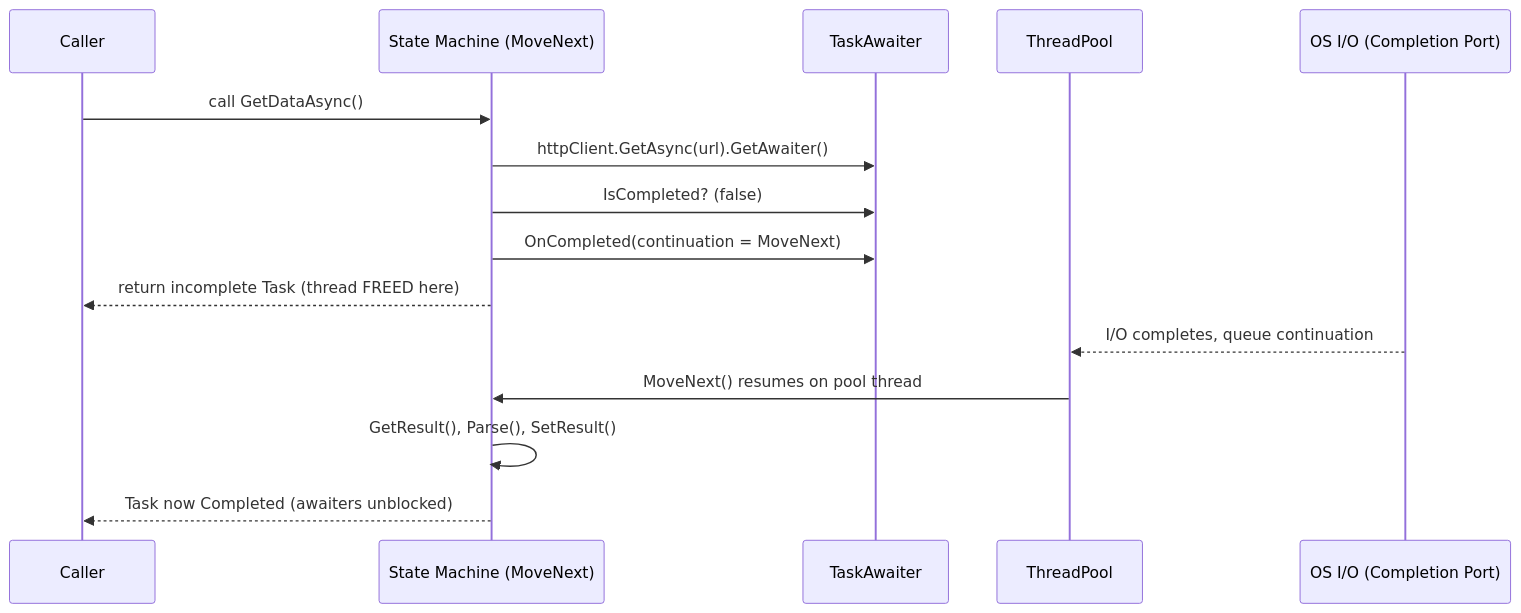
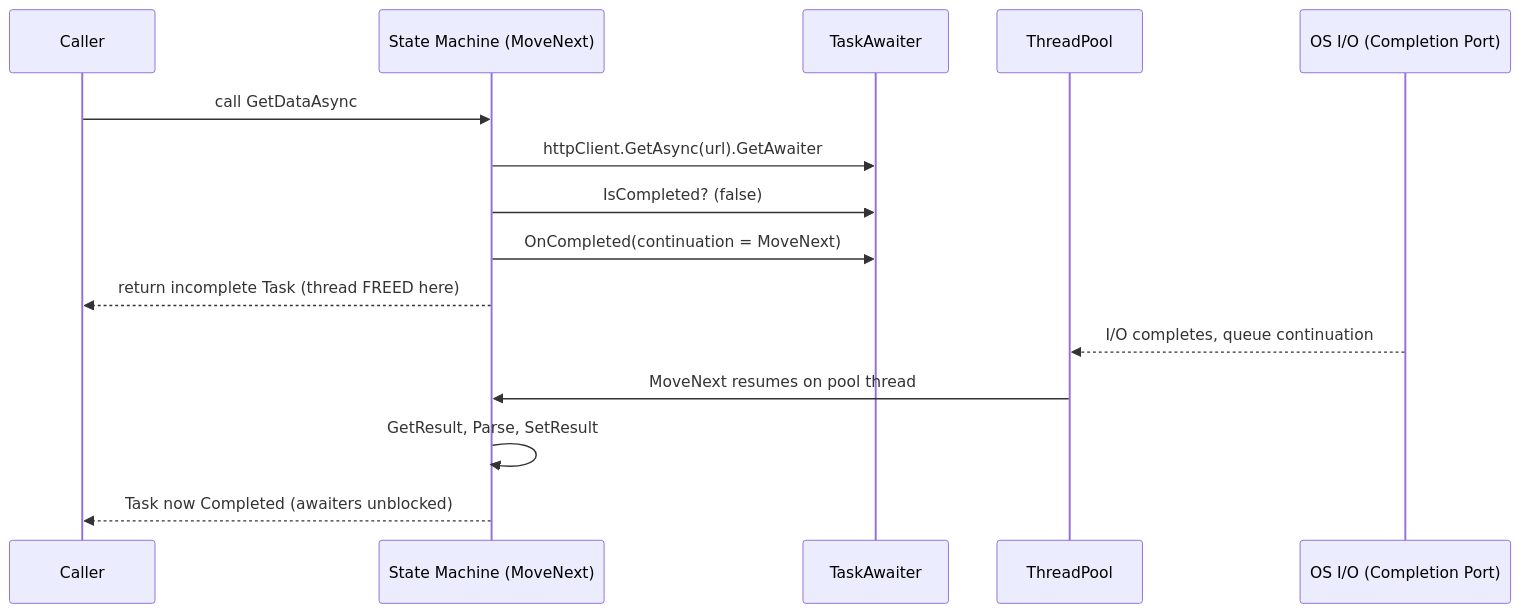
Before and after one commit to umashankarp/InterviewQuestions: the first of 4 diagrams in 01-CSharp/02-Async-Await-Internals.md, drawn with Mermaid. The commit also changed other lines of this file and 173 other files, not shown here.

````diff
--- a/01-CSharp/02-Async-Await-Internals.md
+++ b/01-CSharp/02-Async-Await-Internals.md
@@ -145,18 +145,18 @@
 ```mermaid
 sequenceDiagram
-    participant Caller
-    participant SM as State Machine (MoveNext)
-    participant Awaiter as TaskAwaiter
-    participant TP as ThreadPool
-    participant IO as OS I/O (Completion Port)
+ participant Caller
+ participant SM as State Machine (MoveNext)
+ participant Awaiter as TaskAwaiter
+ participant TP as ThreadPool
+ participant IO as OS I/O (Completion Port)
 
-    Caller->>SM: call GetDataAsync()
-    SM->>Awaiter: httpClient.GetAsync(url).GetAwaiter()
-    SM->>Awaiter: IsCompleted? (false)
-    SM->>Awaiter: OnCompleted(continuation = MoveNext)
-    SM-->>Caller: return incomplete Task (thread FREED here)
-    IO-->>TP: I/O completes, queue continuation
-    TP->>SM: MoveNext() resumes on pool thread
-    SM->>SM: GetResult(), Parse(), SetResult()
-    SM-->>Caller: Task now Completed (awaiters unblocked)
+ Caller->>SM: call GetDataAsync
+ SM->>Awaiter: httpClient.GetAsync(url).GetAwaiter
+ SM->>Awaiter: IsCompleted? (false)
+ SM->>Awaiter: OnCompleted(continuation = MoveNext)
+ SM-->>Caller: return incomplete Task (thread FREED here)
+ IO-->>TP: I/O completes, queue continuation
+ TP->>SM: MoveNext resumes on pool thread
+ SM->>SM: GetResult, Parse, SetResult
+ SM-->>Caller: Task now Completed (awaiters unblocked)
 ```
````
